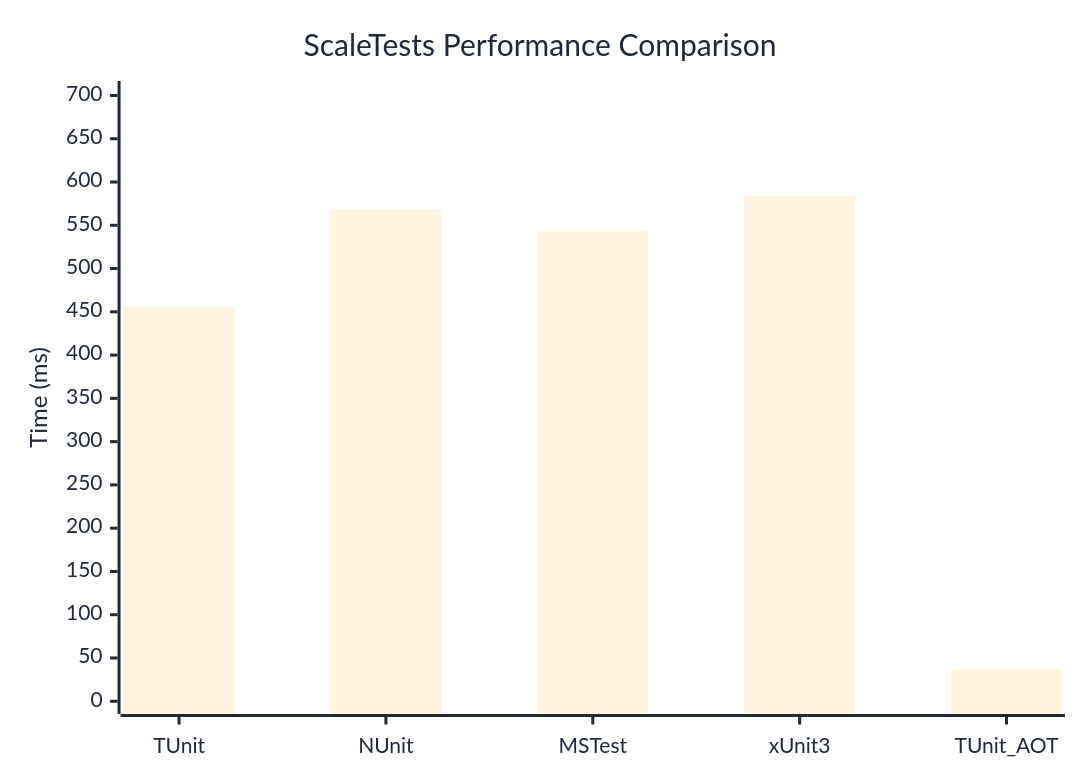
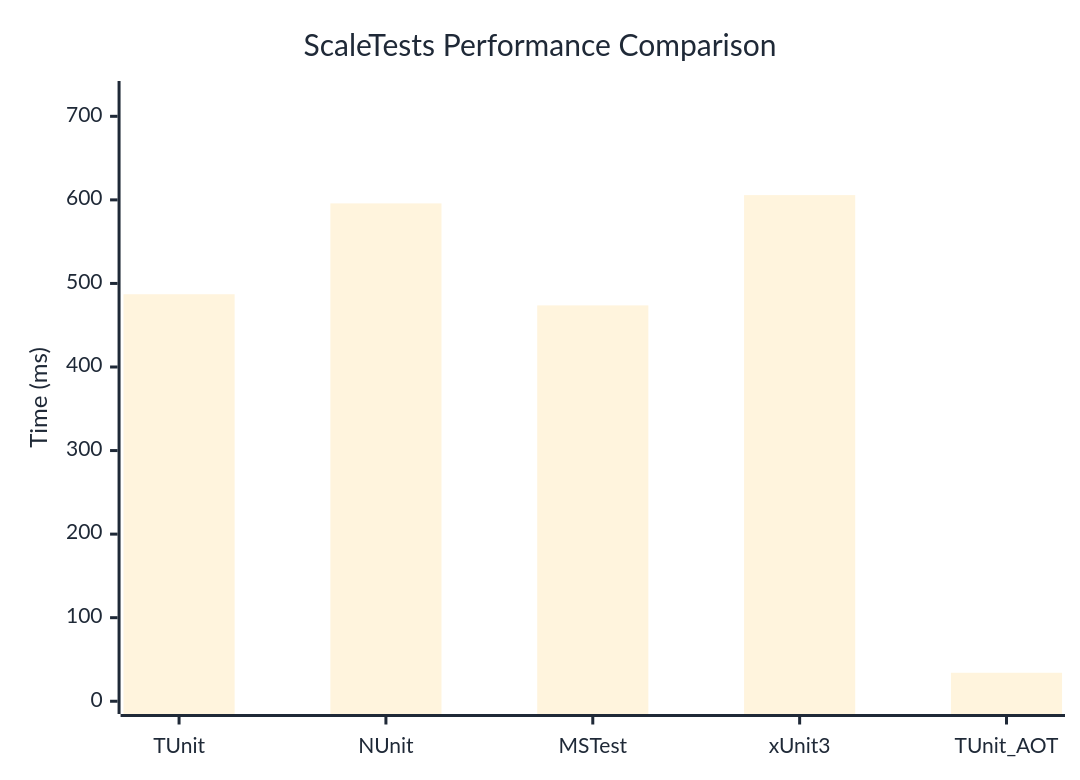
Before and after one commit to weiyilai/TUnit: the diagram in docs/docs/benchmarks/ScaleTests.md, drawn with Mermaid. The commit also changed other lines of this file and 17 other files, not shown here.

````diff
--- a/docs/docs/benchmarks/ScaleTests.md
+++ b/docs/docs/benchmarks/ScaleTests.md
@@ -27,37 +27,37 @@
 ```mermaid
 %%{init: {
   'theme':'base',
   'themeVariables': {
     'primaryColor': '#2563eb',
     'primaryTextColor': '#1f2937',
     'primaryBorderColor': '#1e40af',
     'lineColor': '#6b7280',
     'secondaryColor': '#7c3aed',
     'tertiaryColor': '#dc2626',
     'background': '#ffffff',
     'mainBkg': '#2563eb',
     'secondBkg': '#7c3aed',
     'tertiaryBkg': '#dc2626',
     'clusterBkg': '#f3f4f6',
     'edgeLabelBackground': '#ffffff',
     'tertiaryTextColor': '#1f2937',
     'pie1': '#2563eb',
     'pie2': '#7c3aed',
     'pie3': '#dc2626',
     'pie4': '#f59e0b',
     'pie5': '#10b981',
     'pie6': '#06b6d4',
     'pie7': '#ec4899',
     'pie8': '#6366f1',
     'pie9': '#84cc16',
     'pie10': '#f97316',
     'pie11': '#14b8a6',
     'pie12': '#a855f7'
   }
 }}%%
 xychart-beta
   title "ScaleTests Performance Comparison"
   x-axis ["TUnit", "NUnit", "MSTest", "xUnit3", "TUnit_AOT"]
-  y-axis "Time (ms)" 0 --> 702
-  bar [456.26, 568.26, 543.14, 584.27, 36.48]
+  y-axis "Time (ms)" 0 --> 727
+  bar [487.08, 595.78, 473.72, 605.72, 34.1]
 ```
````
